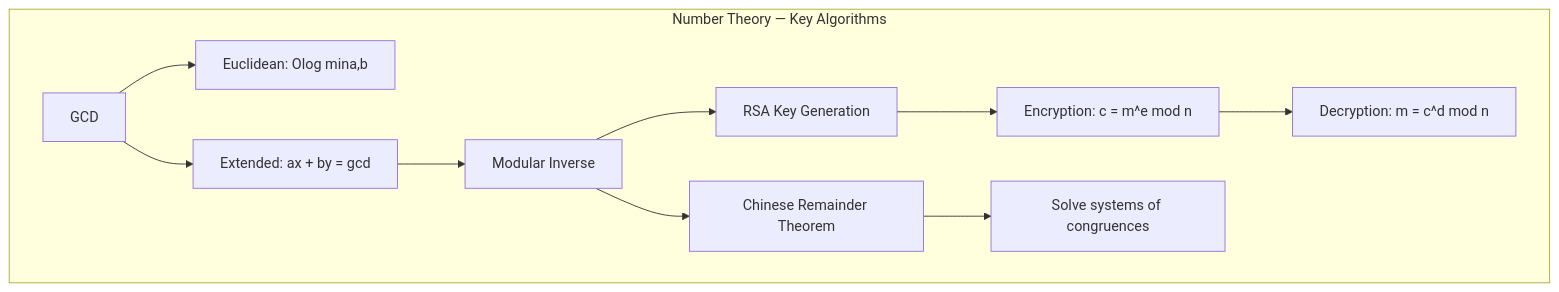
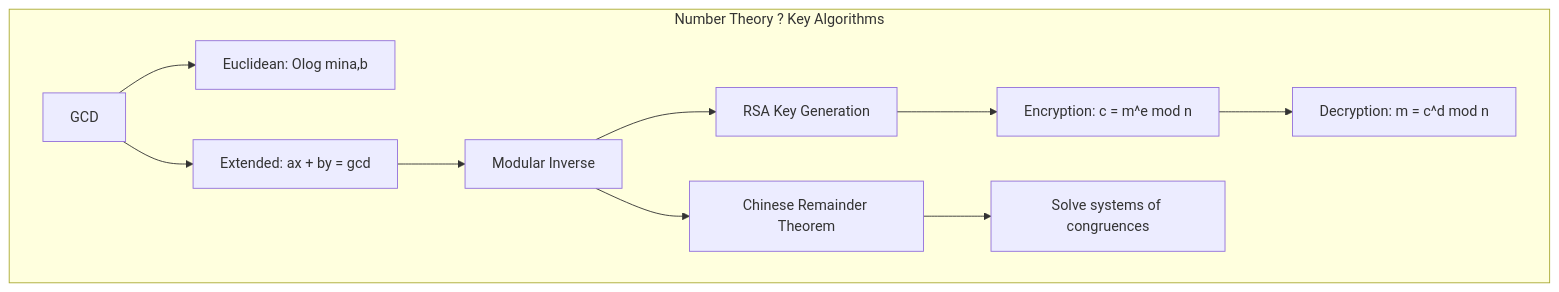
One commit to Raushan666java/ai-engineering-journey changed the second of 2 diagrams in docs/courses/discrete-mathematics/14-number-theory.md. Above: the diagram before and after it, drawn with Mermaid. The commit also changed other lines of this file and 790 other files, not shown here.

Commit message:
Sync all course diagram renders and content updates

````diff
--- a/docs/courses/discrete-mathematics/14-number-theory.md
+++ b/docs/courses/discrete-mathematics/14-number-theory.md
@@ -772,13 +864,13 @@
 ```mermaid
 flowchart TD
-    subgraph "Number Theory — Key Algorithms"
+    subgraph "Number Theory ? Key Algorithms"
         A[GCD] --> B[Euclidean: Olog mina,b]
         A --> C[Extended: ax + by = gcd]
         C --> D[Modular Inverse]
         D --> E[RSA Key Generation]
         E --> F[Encryption: c = m^e mod n]
         F --> G[Decryption: m = c^d mod n]
         D --> H[Chinese Remainder Theorem]
         H --> I[Solve systems of congruences]
     end
 ```
````
